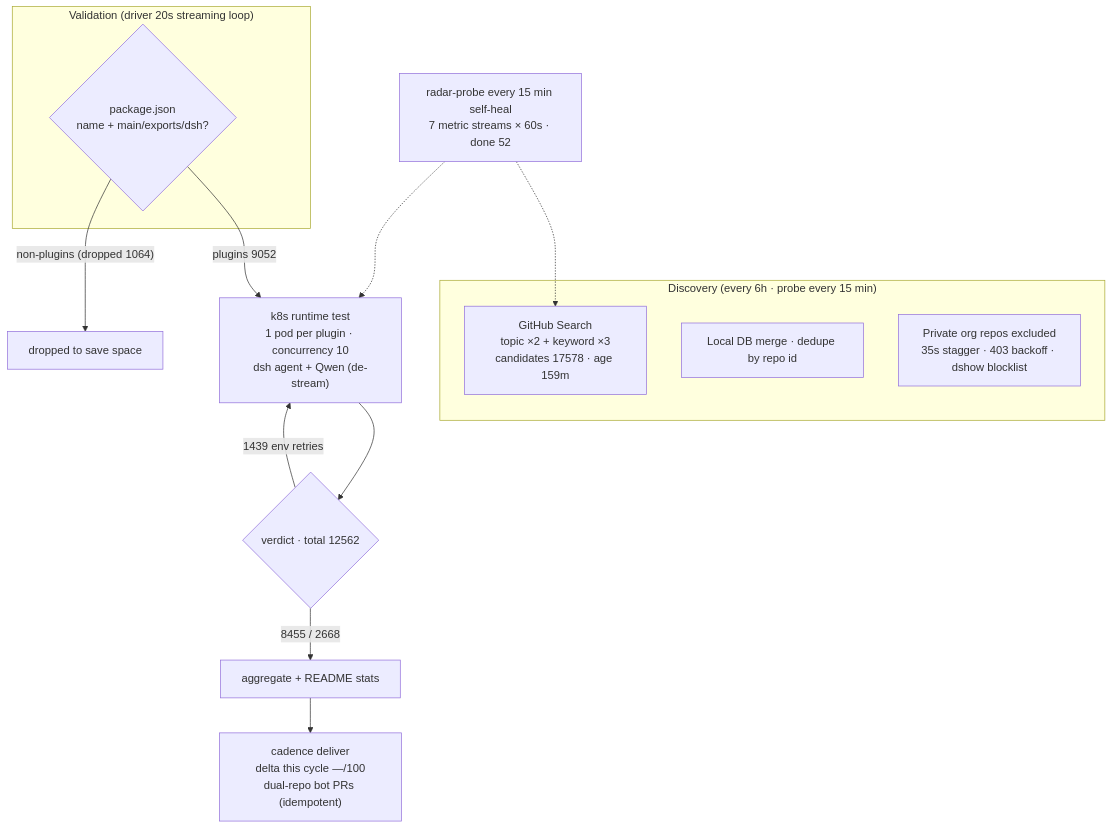
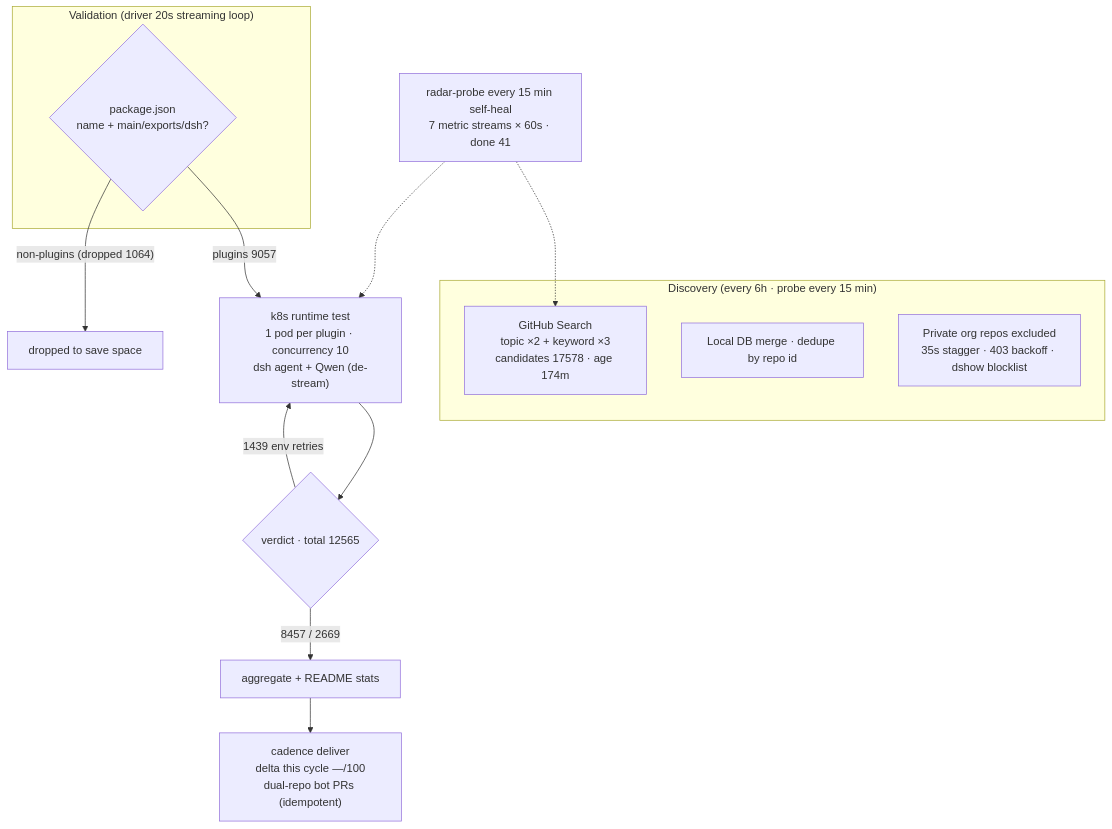
Before and after one commit to AdamPlatin123/awesome-dsh-plugins: the diagram in README.en-US.md, drawn with Mermaid. The commit also changed other lines of this file and 5 other files, not shown here.

````diff
--- a/README.en-US.md
+++ b/README.en-US.md
@@ -45,20 +45,20 @@
 ```mermaid
 flowchart TB
     subgraph Discovery["Discovery (every 6h · probe every 15 min)"]
-        A1["GitHub Search<br/>topic ×2 + keyword ×3<br/>candidates 17578 · age 159m"]
+        A1["GitHub Search<br/>topic ×2 + keyword ×3<br/>candidates 17578 · age 174m"]
         A2["Local DB merge · dedupe by repo id"]
         A3["Private org repos excluded<br/>35s stagger · 403 backoff · dshow blocklist"]
     end
     subgraph Validation["Validation (driver 20s streaming loop)"]
         B1{"package.json<br/>name + main/exports/dsh?"}
     end
-    B1 -->|"plugins 9052"| C1["k8s runtime test<br/>1 pod per plugin · concurrency 10<br/>dsh agent + Qwen (de-stream)"]
+    B1 -->|"plugins 9057"| C1["k8s runtime test<br/>1 pod per plugin · concurrency 10<br/>dsh agent + Qwen (de-stream)"]
     B1 -->|"non-plugins (dropped 1064)"| B3["dropped to save space"]
-    C1 --> D1{"verdict · total 12562"}
-    D1 -->|"8455 / 2668"| E1["aggregate + README stats"]
+    C1 --> D1{"verdict · total 12565"}
+    D1 -->|"8457 / 2669"| E1["aggregate + README stats"]
     D1 -->|"1439 env retries"| C1
     E1 --> E2["cadence deliver<br/>delta this cycle —/100<br/>dual-repo bot PRs (idempotent)"]
-    M["radar-probe every 15 min self-heal<br/>7 metric streams × 60s · done 52"]
+    M["radar-probe every 15 min self-heal<br/>7 metric streams × 60s · done 41"]
     M -.-> A1
     M -.-> C1
 ```
````
